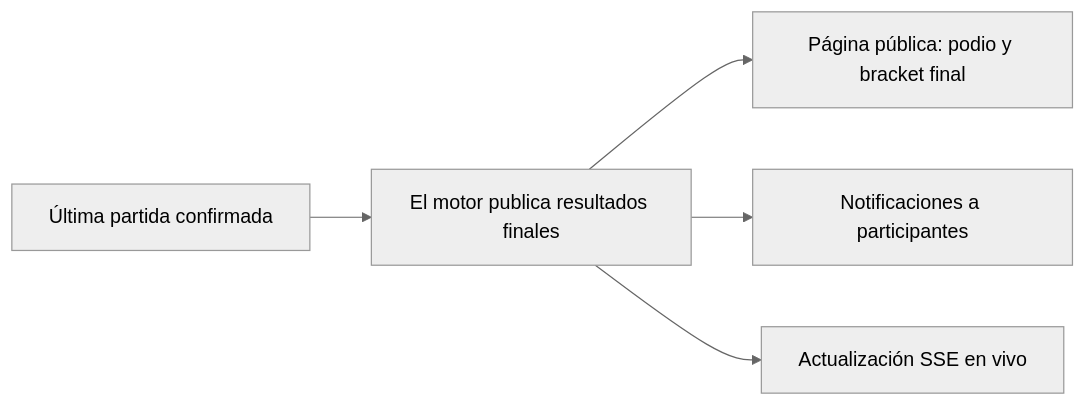
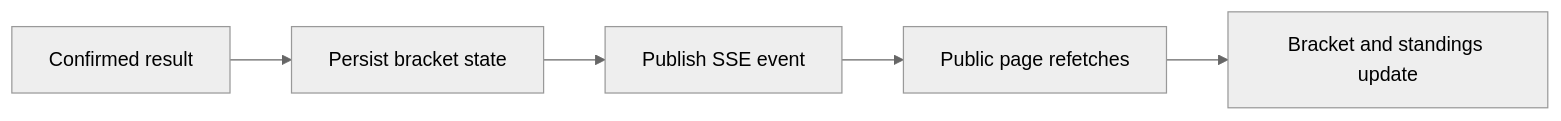
The eighth of 8 diagrams in docs/USER_FLOWS.md (Dieguezar/opentournament), drawn with Mermaid (neutral theme) before and after one commit. The commit also changed other lines of this file and 10 other files, not shown here.

````diff
--- a/docs/USER_FLOWS.md
+++ b/docs/USER_FLOWS.md
@@ -160,7 +115,7 @@
 ```mermaid
 flowchart LR
-  A[Última partida confirmada] --> B[El motor publica resultados finales]
-  B --> C[Página pública: podio y bracket final]
-  B --> D[Notificaciones a participantes]
-  B --> E[Actualización SSE en vivo]
+  A[Confirmed result] --> B[Persist bracket state]
+  B --> C[Publish SSE event]
+  C --> D[Public page refetches]
+  D --> E[Bracket and standings update]
 ```
````
